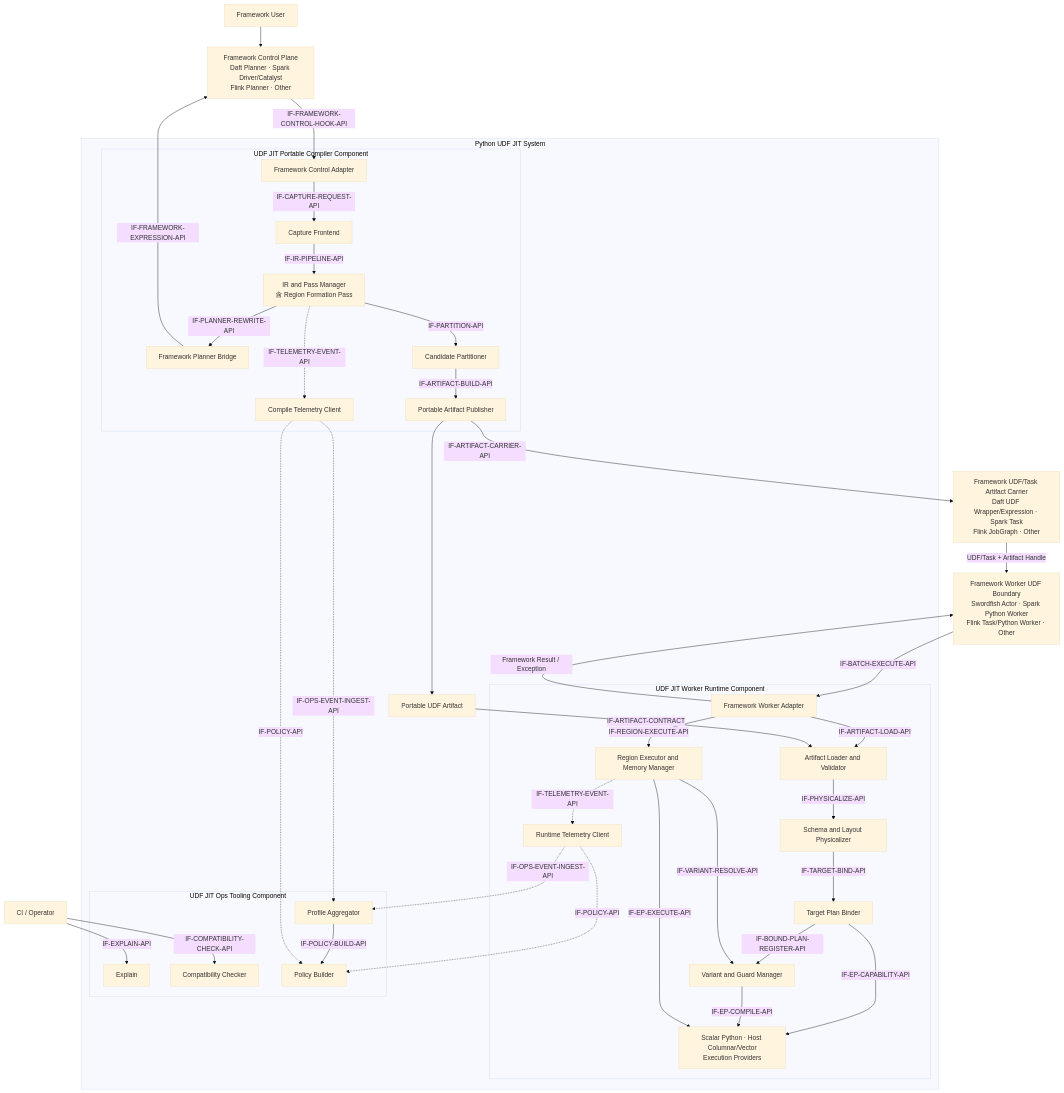
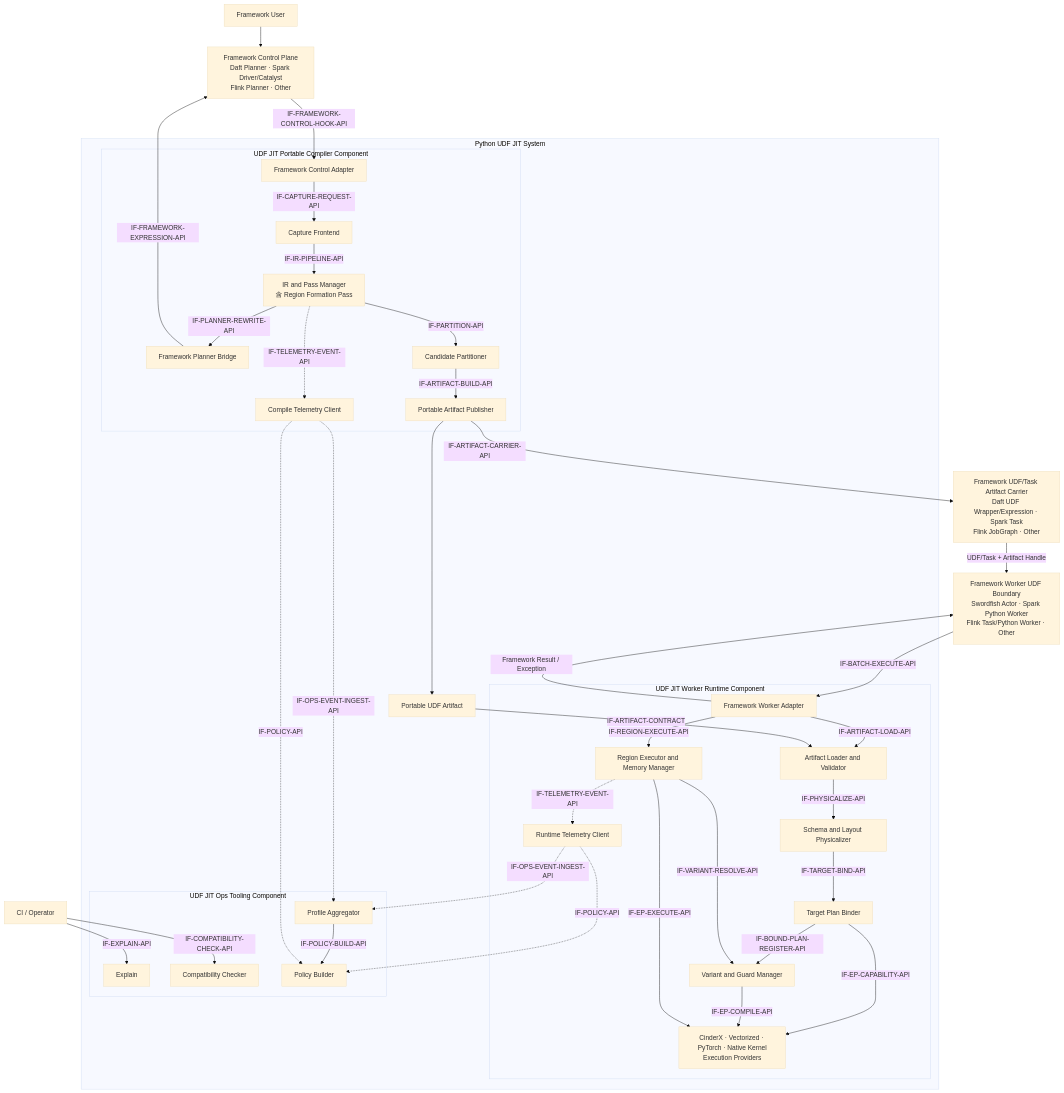
One commit to 213start/python-udf-jit changed the second of 17 diagrams in docs/design/2026-07-13-python-udf-jit-architecture.md. Above: the diagram before and after it, drawn with Mermaid (base theme). The commit also changed other lines of this file and 1 other file, not shown here.

First line of the commit message:
docs(architecture): define multi-provider ownership boundaries

````diff
--- a/docs/design/2026-07-13-python-udf-jit-architecture.md
+++ b/docs/design/2026-07-13-python-udf-jit-architecture.md
@@ -327,72 +335,72 @@
 ```mermaid
 flowchart TB
     USER["Framework User"] --> CONTROL["Framework Control Plane<br/>Daft Planner · Spark Driver/Catalyst<br/>Flink Planner · Other"]
     TASK["Framework UDF/Task Artifact Carrier<br/>Daft UDF Wrapper/Expression · Spark Task<br/>Flink JobGraph · Other"]
     WORKERHOST["Framework Worker UDF Boundary<br/>Swordfish Actor · Spark Python Worker<br/>Flink Task/Python Worker · Other"]
     CIOPS["CI / Operator"]
 
     subgraph UDFJIT["Python UDF JIT System"]
         subgraph COMPILER["UDF JIT Portable Compiler Component"]
             CADAPTER["Framework Control Adapter"]
             CAPTURE["Capture Frontend"]
             IR["IR and Pass Manager<br/>含 Region Formation Pass"]
             BRIDGE["Framework Planner Bridge"]
             PARTITION["Candidate Partitioner"]
             PUBLISH["Portable Artifact Publisher"]
             CTELEMETRY["Compile Telemetry Client"]
             CADAPTER -->|"IF-CAPTURE-REQUEST-API"| CAPTURE
             CAPTURE -->|"IF-IR-PIPELINE-API"| IR
             IR -->|"IF-PLANNER-REWRITE-API"| BRIDGE
             IR -->|"IF-PARTITION-API"| PARTITION
             PARTITION -->|"IF-ARTIFACT-BUILD-API"| PUBLISH
             IR -.->|"IF-TELEMETRY-EVENT-API"| CTELEMETRY
         end
 
         ARTIFACT["Portable UDF Artifact"]
 
         subgraph RUNTIME["UDF JIT Worker Runtime Component"]
             WADAPTER["Framework Worker Adapter"]
             LOADER["Artifact Loader and Validator"]
             PHYSICALIZER["Schema and Layout Physicalizer"]
             BINDER["Target Plan Binder"]
             VARIANT["Variant and Guard Manager"]
             EXECUTOR["Region Executor and Memory Manager"]
-            PROVIDERS["Scalar Python · Host Columnar/Vector<br/>Execution Providers"]
+            PROVIDERS["CinderX · Vectorized · PyTorch · Native Kernel<br/>Execution Providers"]
             RTELEMETRY["Runtime Telemetry Client"]
             WADAPTER -->|"IF-ARTIFACT-LOAD-API"| LOADER
             LOADER -->|"IF-PHYSICALIZE-API"| PHYSICALIZER
             PHYSICALIZER -->|"IF-TARGET-BIND-API"| BINDER
             BINDER -->|"IF-BOUND-PLAN-REGISTER-API"| VARIANT
             WADAPTER -->|"IF-REGION-EXECUTE-API"| EXECUTOR
             EXECUTOR -->|"IF-VARIANT-RESOLVE-API"| VARIANT
             BINDER -->|"IF-EP-CAPABILITY-API"| PROVIDERS
             VARIANT -->|"IF-EP-COMPILE-API"| PROVIDERS
             EXECUTOR -->|"IF-EP-EXECUTE-API"| PROVIDERS
             EXECUTOR -.->|"IF-TELEMETRY-EVENT-API"| RTELEMETRY
         end
 
         subgraph OPS["UDF JIT Ops Tooling Component"]
             EXPLAIN["Explain"]
             COMPAT["Compatibility Checker"]
             PROFILE["Profile Aggregator"]
             POLICY["Policy Builder"]
             PROFILE -->|"IF-POLICY-BUILD-API"| POLICY
         end
 
         PUBLISH --> ARTIFACT
         ARTIFACT -->|"IF-ARTIFACT-CONTRACT"| LOADER
         CTELEMETRY -.->|"IF-OPS-EVENT-INGEST-API"| PROFILE
         RTELEMETRY -.->|"IF-OPS-EVENT-INGEST-API"| PROFILE
         CTELEMETRY -.->|"IF-POLICY-API"| POLICY
         RTELEMETRY -.->|"IF-POLICY-API"| POLICY
     end
 
     CONTROL -->|"IF-FRAMEWORK-CONTROL-HOOK-API"| CADAPTER
     BRIDGE -->|"IF-FRAMEWORK-EXPRESSION-API"| CONTROL
     PUBLISH -->|"IF-ARTIFACT-CARRIER-API"| TASK
     TASK -->|"UDF/Task + Artifact Handle"| WORKERHOST
     WORKERHOST -->|"IF-BATCH-EXECUTE-API"| WADAPTER
     WADAPTER -->|"Framework Result / Exception"| WORKERHOST
     CIOPS -->|"IF-EXPLAIN-API"| EXPLAIN
     CIOPS -->|"IF-COMPATIBILITY-CHECK-API"| COMPAT
 ```
````
